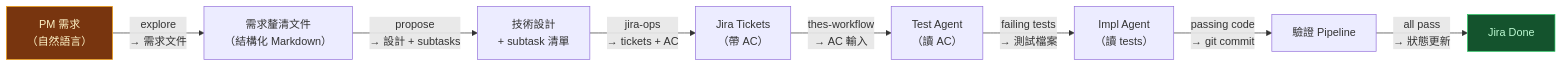
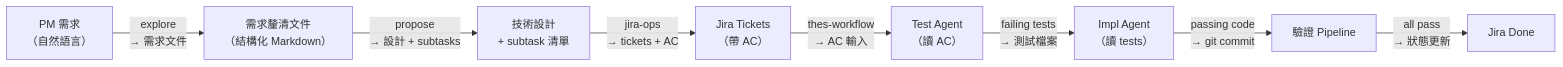
The second of 2 diagrams in content/AI 協作/實戰應用/AI 代理工作流實戰：從模糊需求到 Develop Done 的完整閉環.md (jimmyliou777/digital-garden), drawn with Mermaid before and after one commit. The commit also changed other lines of this file, not shown here.

First line of the commit message:
fix(content): 移除 Mermaid 流程圖 hardcoded 深色主題樣式

````diff
--- a/content/AI 協作/實戰應用/AI 代理工作流實戰：從模糊需求到 Develop Done 的完整閉環.md
+++ b/content/AI 協作/實戰應用/AI 代理工作流實戰：從模糊需求到 Develop Done 的完整閉環.md
@@ -542,13 +534,10 @@
 ```mermaid
 flowchart LR
     A["PM 需求<br/>（自然語言）"] -->|"explore<br/>→ 需求文件"| B["需求釐清文件<br/>（結構化 Markdown）"]
     B -->|"propose<br/>→ 設計 + subtasks"| C["技術設計<br/>+ subtask 清單"]
     C -->|"jira-ops<br/>→ tickets + AC"| D["Jira Tickets<br/>（帶 AC）"]
     D -->|"thes-workflow<br/>→ AC 輸入"| E["Test Agent<br/>（讀 AC）"]
     E -->|"failing tests<br/>→ 測試檔案"| F["Impl Agent<br/>（讀 tests）"]
     F -->|"passing code<br/>→ git commit"| G["驗證 Pipeline"]
     G -->|"all pass<br/>→ 狀態更新"| H["Jira Done"]
-
-    style A fill:#78350f,stroke:#f59e0b,color:#fef3c7
-    style H fill:#14532d,stroke:#22c55e,color:#bbf7d0
 ```
````
